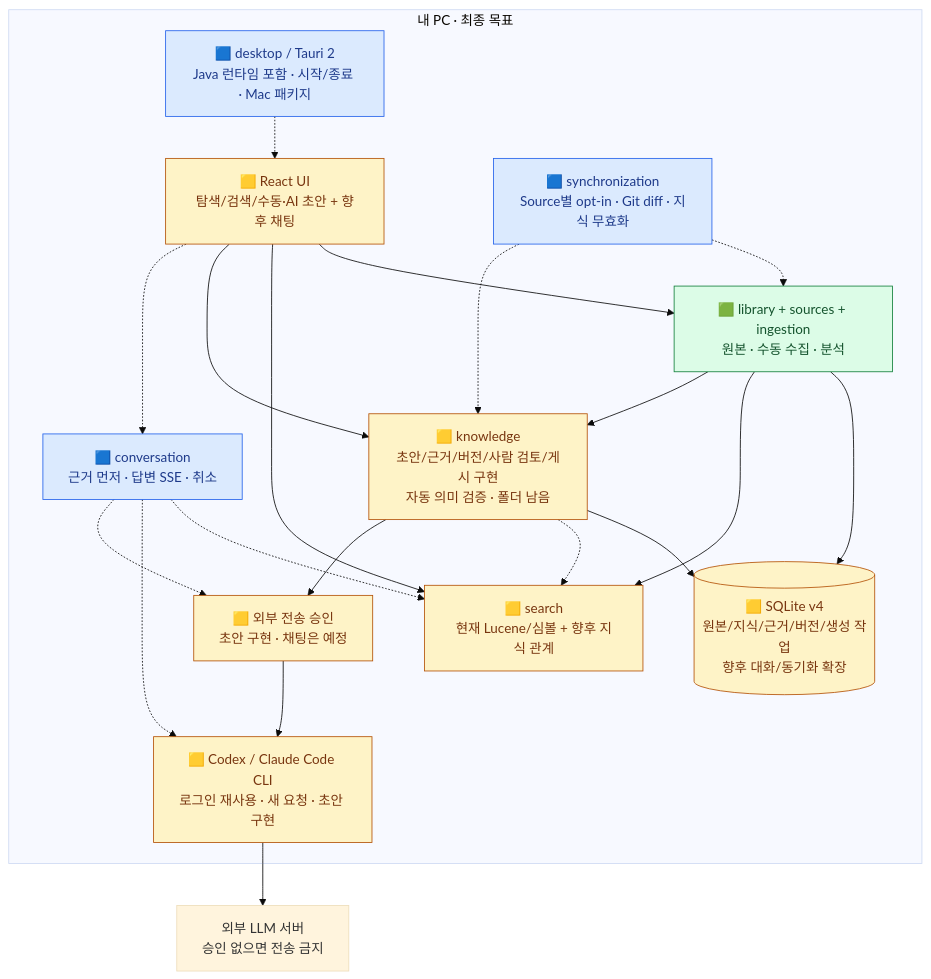
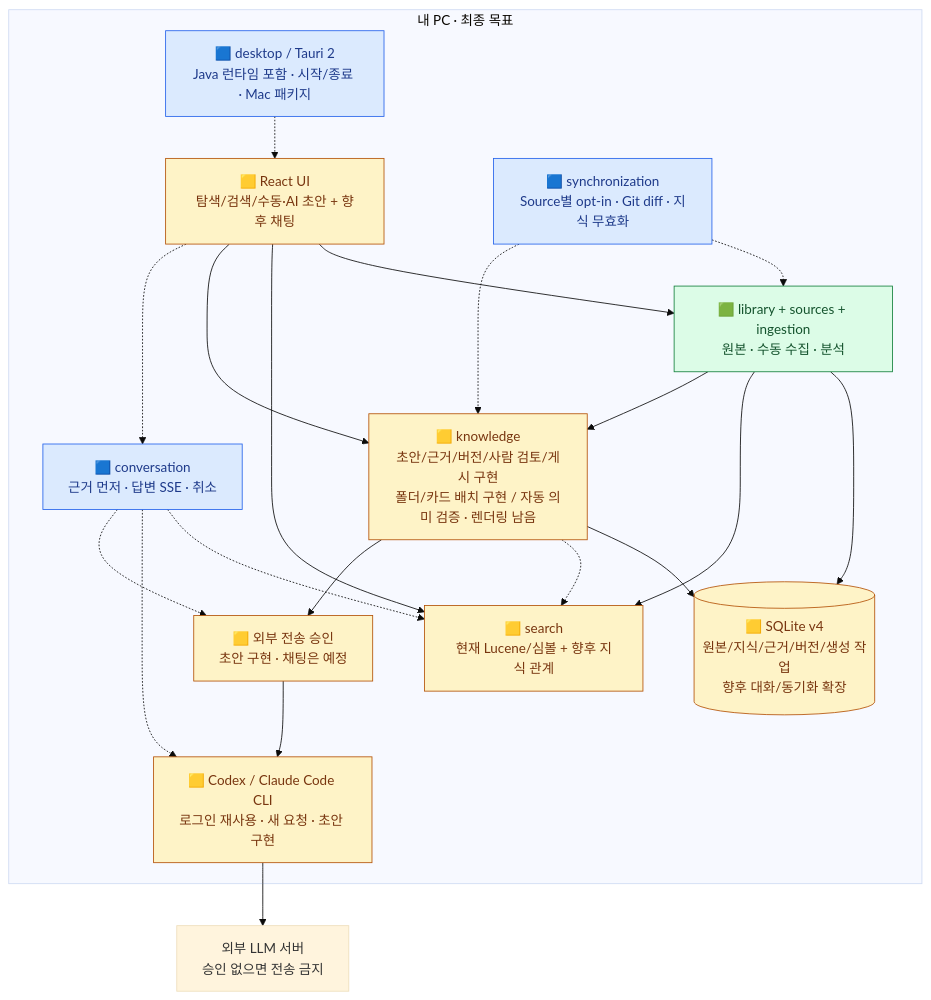
The third of 5 diagrams in docs/design-map.md (thisisnew/dougle), drawn with Mermaid (base theme) before and after one commit. The commit also changed other lines of this file and 24 other files, not shown here.

````diff
--- a/docs/design-map.md
+++ b/docs/design-map.md
@@ -115,39 +115,39 @@
 ```mermaid
 flowchart TB
     subgraph PC["내 PC · 최종 목표"]
         HOST["🟦 desktop / Tauri 2<br/>Java 런타임 포함 · 시작/종료 · Mac 패키지"]
         UI["🟨 React UI<br/>탐색/검색/수동·AI 초안 + 향후 채팅"]
         RAW["🟩 library + sources + ingestion<br/>원본 · 수동 수집 · 분석"]
         RET["🟨 search<br/>현재 Lucene/심볼 + 향후 지식 관계"]
-        KNOW["🟨 knowledge<br/>초안/근거/버전/사람 검토/게시 구현<br/>자동 의미 검증 · 폴더 남음"]
+        KNOW["🟨 knowledge<br/>초안/근거/버전/사람 검토/게시 구현<br/>폴더/카드 배치 구현 / 자동 의미 검증 · 렌더링 남음"]
         CHAT["🟦 conversation<br/>근거 먼저 · 답변 SSE · 취소"]
         SYNC["🟦 synchronization<br/>Source별 opt-in · Git diff · 지식 무효화"]
         SQL[("🟨 SQLite v4<br/>원본/지식/근거/버전/생성 작업<br/>향후 대화/동기화 확장")]
         MODEL["🟨 Codex / Claude Code CLI<br/>로그인 재사용 · 새 요청 · 초안 구현"]
         POLICY["🟨 외부 전송 승인<br/>초안 구현 · 채팅은 예정"]
         HOST -.-> UI
         UI --> RAW
         UI --> RET
         UI --> KNOW
         UI -.-> CHAT
         RAW --> SQL
         RAW --> RET
         RAW --> KNOW
         KNOW --> SQL
         KNOW -.-> RET
         POLICY --> MODEL
         CHAT -.-> RET
         CHAT -.-> MODEL
         CHAT -.-> POLICY
         KNOW --> POLICY
         SYNC -.-> RAW
         SYNC -.-> KNOW
     end
     MODEL --> EXT["외부 LLM 서버<br/>승인 없으면 전송 금지"]
     classDef done fill:#dcfce7,stroke:#15803d,color:#14532d
     classDef partial fill:#fef3c7,stroke:#b45309,color:#78350f
     classDef planned fill:#dbeafe,stroke:#2563eb,color:#1e3a8a
     class RAW done
     class UI,RET,SQL,KNOW,MODEL,POLICY partial
     class HOST,CHAT,SYNC planned
 ```
````
